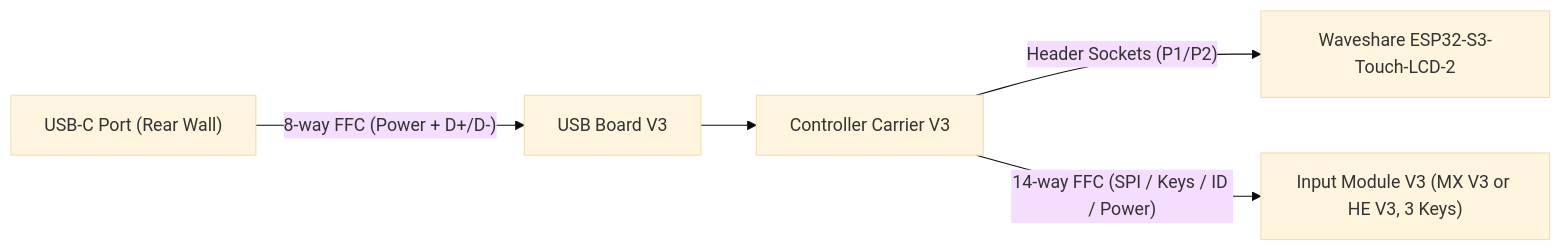
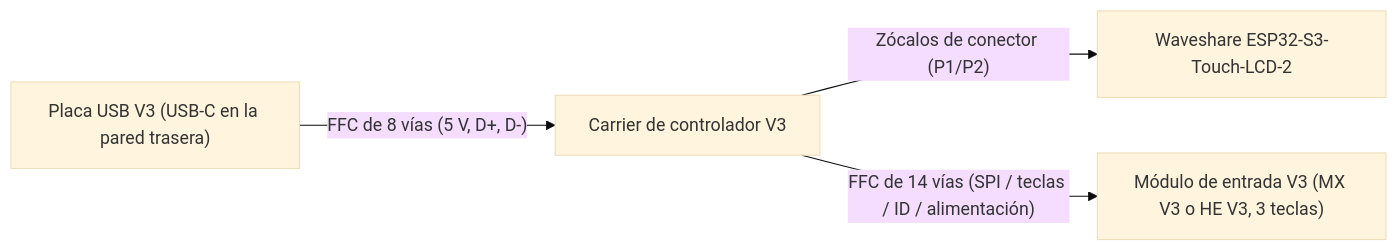
The diagram in docs/es/develop/hardware.md (OPad-dev/OPad), drawn with Mermaid (base theme) before and after one commit. The commit also changed other lines of this file and 51 other files, not shown here.

````diff
--- a/docs/es/develop/hardware.md
+++ b/docs/es/develop/hardware.md
@@ -22,7 +22,6 @@
 ```mermaid
 flowchart LR
-    USB_C["USB-C Port (Rear Wall)"] -->|"8-way FFC (Power + D+/D-)"| USB_PCB["USB Board V3"]
-    USB_PCB --> Carrier["Controller Carrier V3"]
-    Carrier -->|"Header Sockets (P1/P2)"| ESP["Waveshare ESP32-S3-Touch-LCD-2"]
-    Carrier -->|"14-way FFC (SPI / Keys / ID / Power)"| Module["Input Module V3 (MX V3 or HE V3, 3 Keys)"]
+    USB_PCB["Placa USB V3 (USB-C en la pared trasera)"] -->|"FFC de 8 vías (5 V, D+, D-)"| Carrier["Carrier de controlador V3"]
+    Carrier -->|"Zócalos de conector (P1/P2)"| ESP["Waveshare ESP32-S3-Touch-LCD-2"]
+    Carrier -->|"FFC de 14 vías (SPI / teclas / ID / alimentación)"| Module["Módulo de entrada V3 (MX V3 o HE V3, 3 teclas)"]
 ```
````
